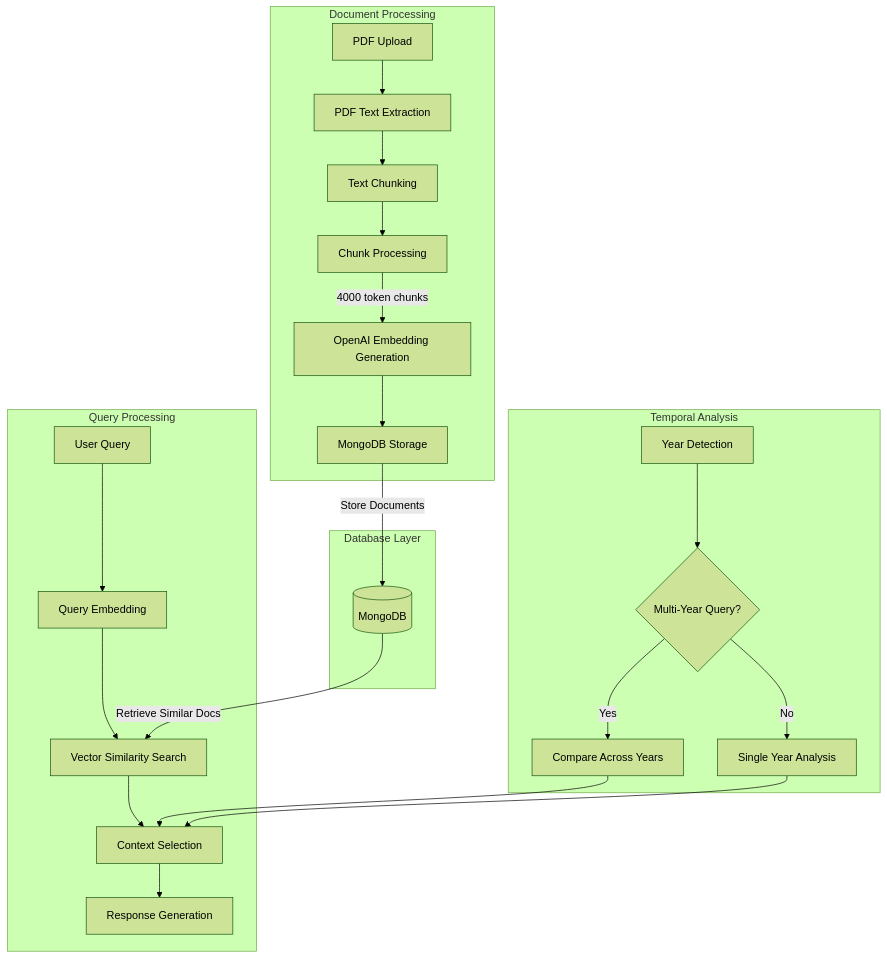
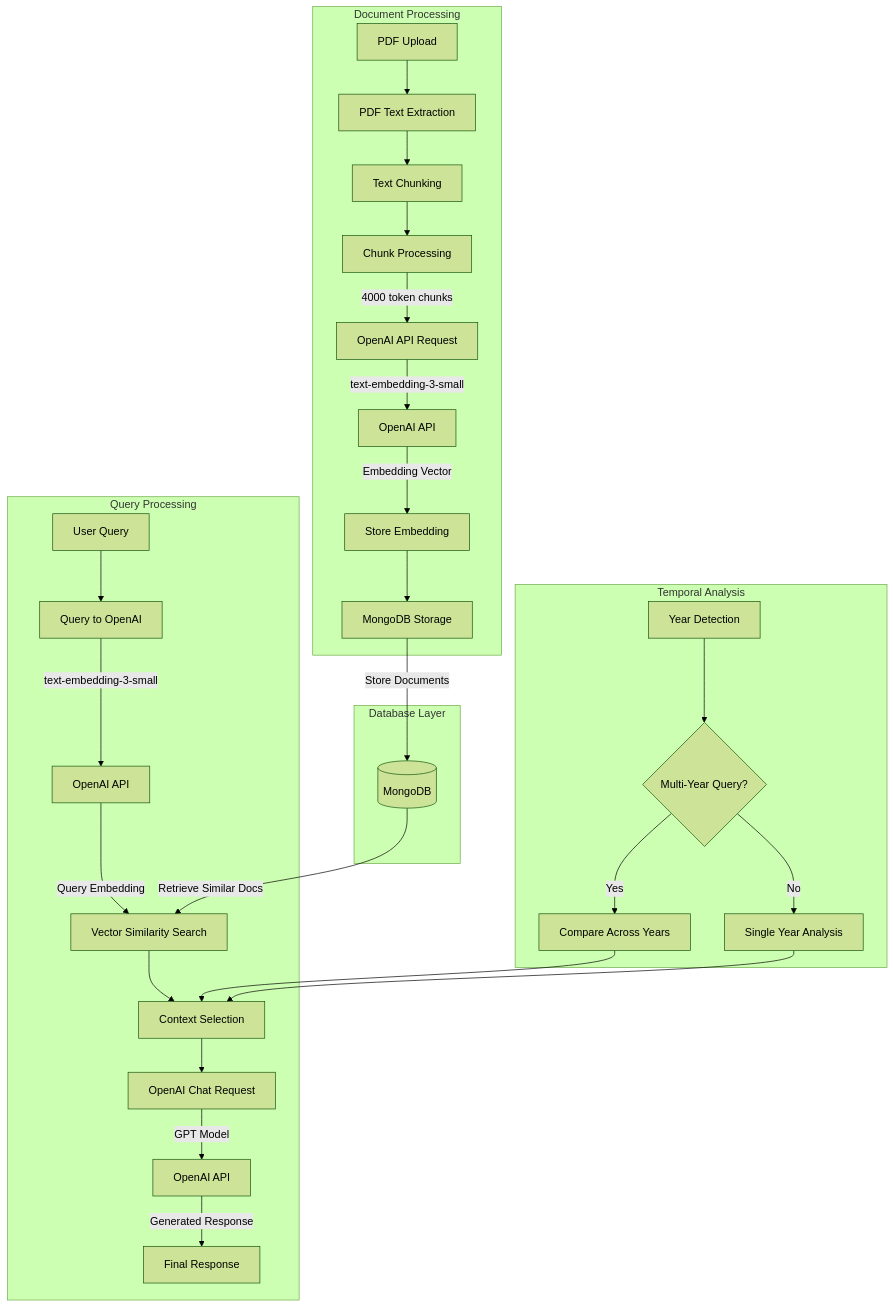
Before and after one commit to jazu1412/PDF-RAG-BUILDER: the third of 6 diagrams in README.md, drawn with Mermaid (forest theme).

````diff
--- a/README.md
+++ b/README.md
@@ -71,30 +71,35 @@
 ```mermaid
 graph TB
     subgraph "Document Processing"
         A[PDF Upload] --> B[PDF Text Extraction]
         B --> C[Text Chunking]
         C --> D[Chunk Processing]
-        D --> |4000 token chunks| E[OpenAI Embedding Generation]
-        E --> F[MongoDB Storage]
+        D --> |4000 token chunks| E[OpenAI API Request]
+        E --> |text-embedding-3-small| OAIA[OpenAI API]
+        OAIA --> |Embedding Vector| E1[Store Embedding]
+        E1 --> F[MongoDB Storage]
     end
 
     subgraph "Query Processing"
-        G[User Query] --> H[Query Embedding]
-        H --> I[Vector Similarity Search]
+        G[User Query] --> H[Query to OpenAI]
+        H --> |text-embedding-3-small| OAIB[OpenAI API]
+         OAIB --> |Query Embedding| I[Vector Similarity Search]
         I --> J[Context Selection]
-        J --> K[Response Generation]
+        J --> K[OpenAI Chat Request]
+        K --> |GPT Model| OAIC[OpenAI API]
+        OAIC --> |Generated Response| K1[Final Response]
     end
 
     subgraph "Database Layer"
         F --> |Store Documents| L[(MongoDB)]
         L --> |Retrieve Similar Docs| I
     end
 
     subgraph "Temporal Analysis"
         M[Year Detection] --> N{Multi-Year Query?}
         N --> |Yes| O[Compare Across Years]
         N --> |No| P[Single Year Analysis]
         O --> J
         P --> J
     end
 ```
````
